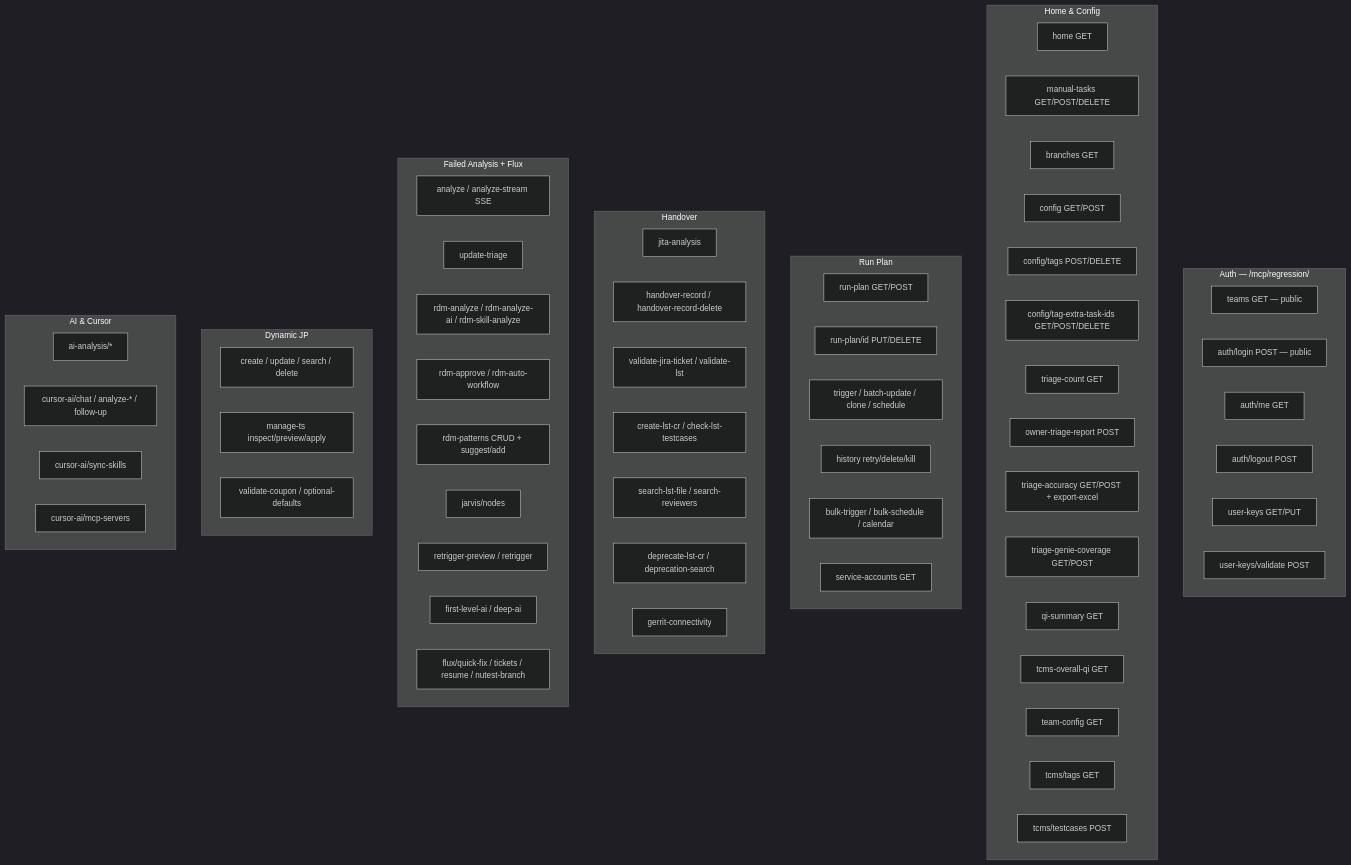
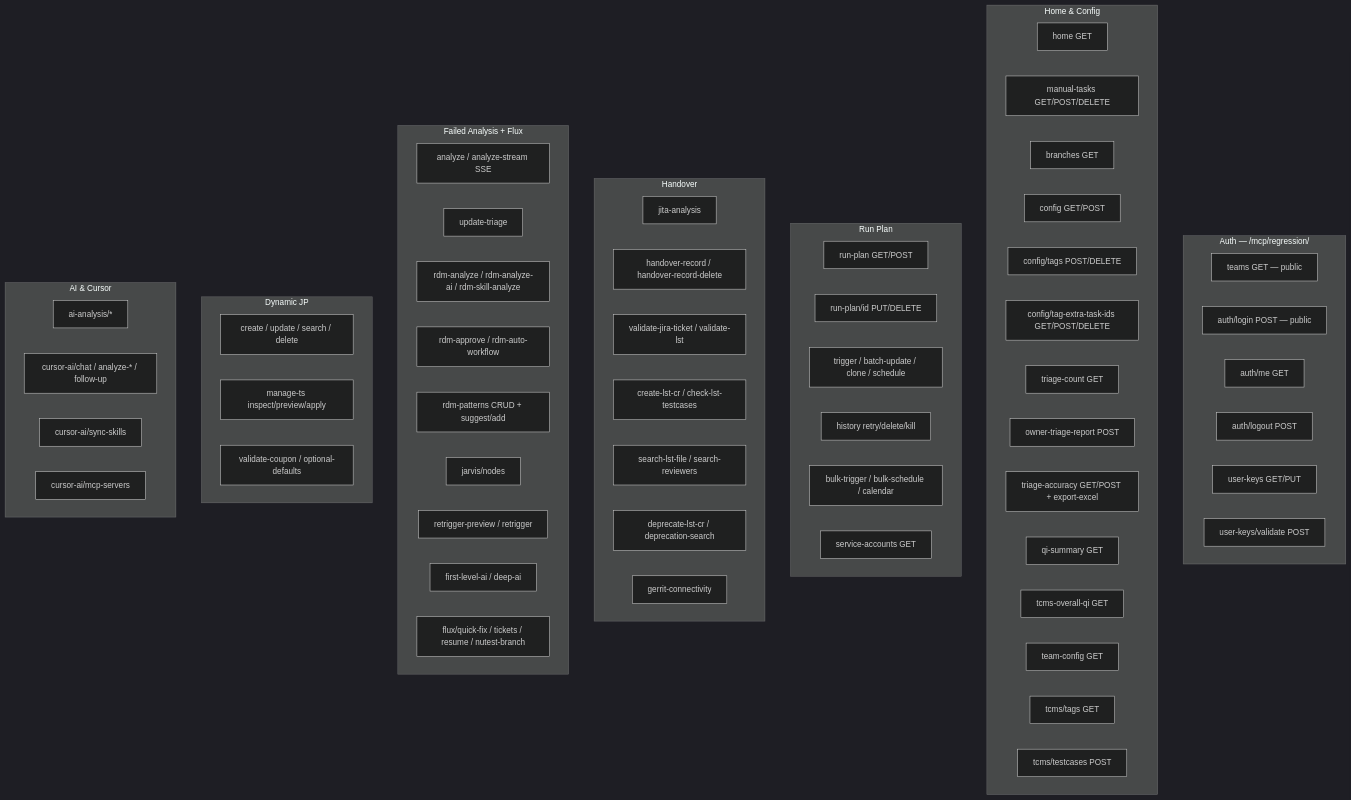
Before and after one commit to sudharshan332/RegX-AI: the third of 7 diagrams in PROJECT_DOCUMENTATION_AND_ARCHITECTURE.md, drawn with Mermaid (dark theme). The commit also changed other lines of this file and 45 other files, not shown here.

````diff
--- a/PROJECT_DOCUMENTATION_AND_ARCHITECTURE.md
+++ b/PROJECT_DOCUMENTATION_AND_ARCHITECTURE.md
@@ -246,73 +246,72 @@
 ```mermaid
 graph TD
     subgraph "Auth — /mcp/regression/"
         TEAMS[teams GET — public]
         AUTH_LOGIN[auth/login POST — public]
         AUTH_ME[auth/me GET]
         AUTH_LOGOUT[auth/logout POST]
         USER_KEYS[user-keys GET/PUT]
         USER_KEYS_V[user-keys/validate POST]
     end
 
     subgraph "Home & Config"
         A[home GET]
         B[manual-tasks GET/POST/DELETE]
         C[branches GET]
         CFG[config GET/POST]
         CFG_TAGS[config/tags POST/DELETE]
         CFG_X[config/tag-extra-task-ids GET/POST/DELETE]
         D[triage-count GET]
         OTR[owner-triage-report POST]
         TA[triage-accuracy GET/POST + export-excel]
-        TGC[triage-genie-coverage GET/POST]
         E[qi-summary GET]
         OQI[tcms-overall-qi GET]
         TC[team-config GET]
         TCMS_T[tcms/tags GET]
         TCMS_TC[tcms/testcases POST]
     end
 
     subgraph "Run Plan"
         F[run-plan GET/POST]
         G[run-plan/id PUT/DELETE]
         G2[trigger / batch-update / clone / schedule]
         H[history retry/delete/kill]
         F4[bulk-trigger / bulk-schedule / calendar]
         F7[service-accounts GET]
     end
 
     subgraph "Handover"
         HO1[jita-analysis]
         HO2[handover-record / handover-record-delete]
         HO3[validate-jira-ticket / validate-lst]
         HO4[create-lst-cr / check-lst-testcases]
         HO5[search-lst-file / search-reviewers]
         HO6[deprecate-lst-cr / deprecation-search]
         HO7[gerrit-connectivity]
     end
 
     subgraph "Failed Analysis + Flux"
         J[analyze / analyze-stream SSE]
         J3[update-triage]
         J4[rdm-analyze / rdm-analyze-ai / rdm-skill-analyze]
         J5[rdm-approve / rdm-auto-workflow]
         J8[rdm-patterns CRUD + suggest/add]
         J13[jarvis/nodes]
         J12[retrigger-preview / retrigger]
         J14[first-level-ai / deep-ai]
         FX[flux/quick-fix / tickets / resume / nutest-branch]
     end
 
     subgraph "Dynamic JP"
         DJ9[create / update / search / delete]
         DJ13[manage-ts inspect/preview/apply]
         DJ14[validate-coupon / optional-defaults]
     end
 
     subgraph "AI & Cursor"
         AI1[ai-analysis/*]
         C1[cursor-ai/chat / analyze-* / follow-up]
         C8[cursor-ai/sync-skills]
         C7[cursor-ai/mcp-servers]
     end
 ```
````
